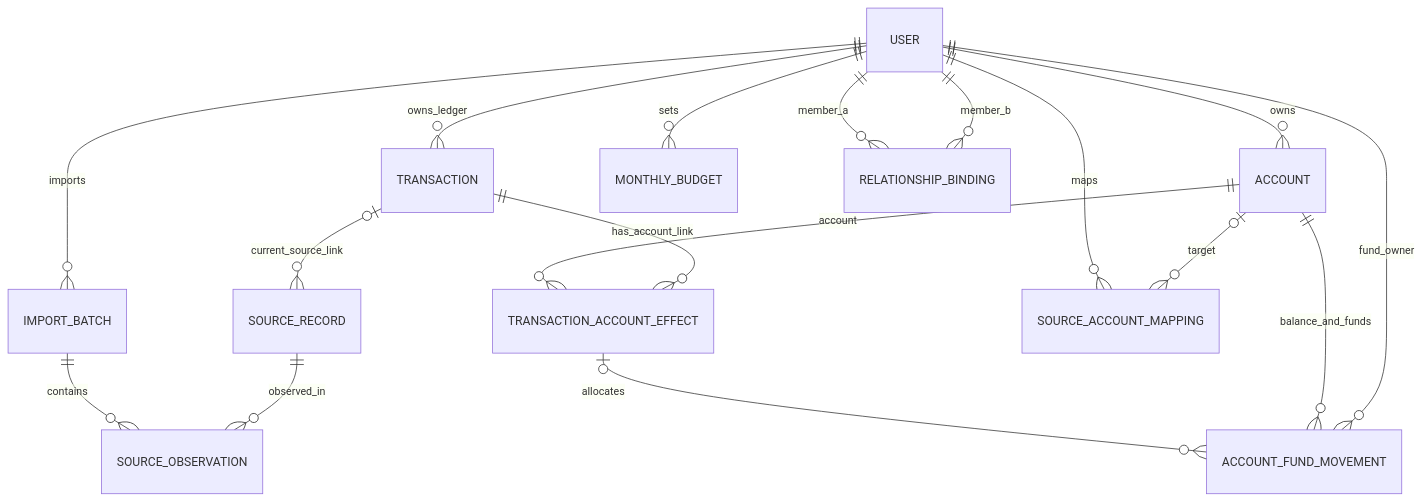
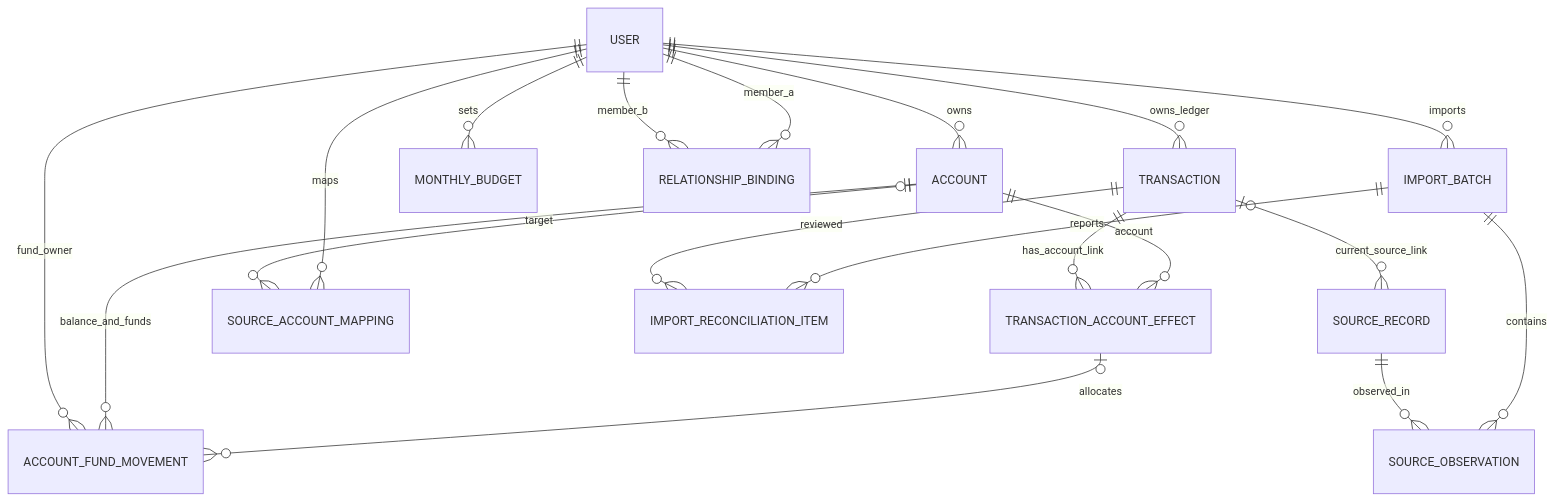
One commit to AsteriaAnna/ledger-final changed the diagram in docs/LOGICAL_DATA_MODEL.md. Above: the diagram before and after it, drawn with Mermaid. The commit also changed other lines of this file, not shown here.

Commit message:
docs: model post-import reconciliation separately from source records

```diff
--- a/docs/LOGICAL_DATA_MODEL.md
+++ b/docs/LOGICAL_DATA_MODEL.md
@@ -38,19 +39,21 @@
 ~~~mermaid
 erDiagram
     USER ||--o{ ACCOUNT : owns
     USER ||--o{ TRANSACTION : owns_ledger
     USER ||--o{ MONTHLY_BUDGET : sets
     USER ||--o{ RELATIONSHIP_BINDING : member_a
     USER ||--o{ RELATIONSHIP_BINDING : member_b
     ACCOUNT ||--o{ TRANSACTION_ACCOUNT_EFFECT : account
     TRANSACTION ||--o{ TRANSACTION_ACCOUNT_EFFECT : has_account_link
     TRANSACTION_ACCOUNT_EFFECT o|--o{ ACCOUNT_FUND_MOVEMENT : allocates
     ACCOUNT ||--o{ ACCOUNT_FUND_MOVEMENT : balance_and_funds
     USER ||--o{ ACCOUNT_FUND_MOVEMENT : fund_owner
     USER ||--o{ IMPORT_BATCH : imports
     IMPORT_BATCH ||--o{ SOURCE_OBSERVATION : contains
     SOURCE_RECORD ||--o{ SOURCE_OBSERVATION : observed_in
     TRANSACTION o|--o{ SOURCE_RECORD : current_source_link
     USER ||--o{ SOURCE_ACCOUNT_MAPPING : maps
     ACCOUNT o|--o{ SOURCE_ACCOUNT_MAPPING : target
+    IMPORT_BATCH ||--o{ IMPORT_RECONCILIATION_ITEM : reports
+    TRANSACTION ||--o{ IMPORT_RECONCILIATION_ITEM : reviewed
 ~~~
```
